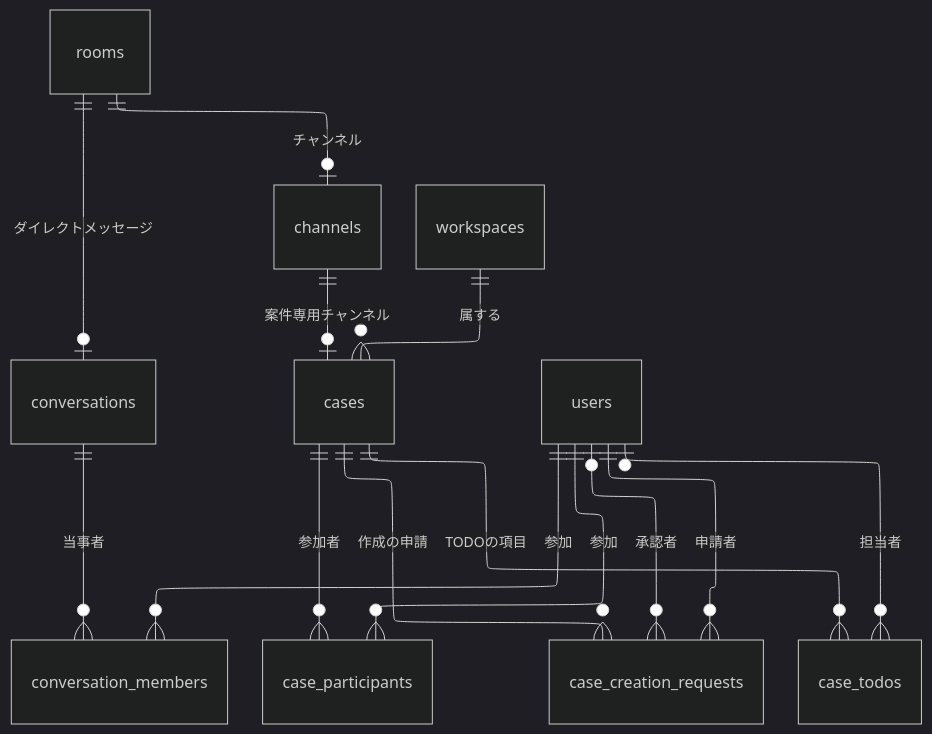
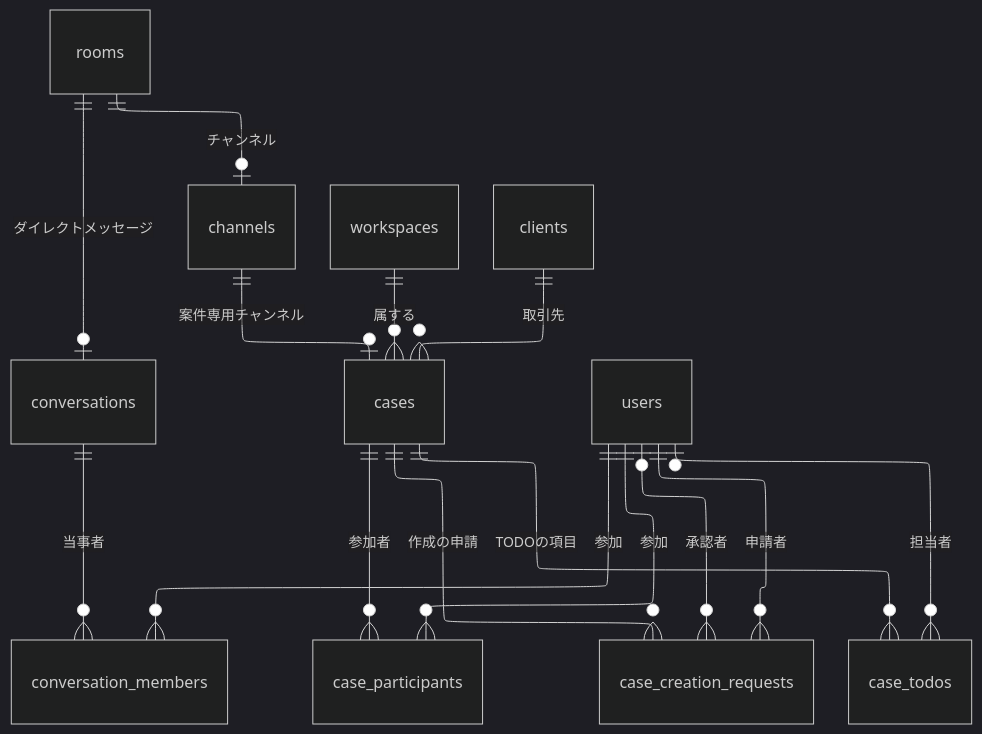
One commit to yamamotonaoki3/internal-system changed the third of 8 diagrams in docs/requirements/data-model.md. Above: the diagram before and after it, drawn with Mermaid (dark theme). The commit also changed other lines of this file and 20 other files, not shown here.

````diff
--- a/docs/requirements/data-model.md
+++ b/docs/requirements/data-model.md
@@ -81,20 +82,21 @@
 ```mermaid
 ---
 config:
   layout: elk
 ---
 erDiagram
     rooms ||--o| channels : "チャンネル"
     rooms ||--o| conversations : "ダイレクトメッセージ"
     channels ||--o| cases : "案件専用チャンネル"
     conversations ||--o{ conversation_members : "当事者"
     users ||--o{ conversation_members : "参加"
     cases ||--o{ case_participants : "参加者"
     users ||--o{ case_participants : "参加"
     workspaces ||--o{ cases : "属する"
+    clients ||--o{ cases : "取引先"
     cases ||--o{ case_creation_requests : "作成の申請"
     users ||--o{ case_creation_requests : "申請者"
     users |o--o{ case_creation_requests : "承認者"
     cases ||--o{ case_todos : "TODOの項目"
     users |o--o{ case_todos : "担当者"
 ```
````
